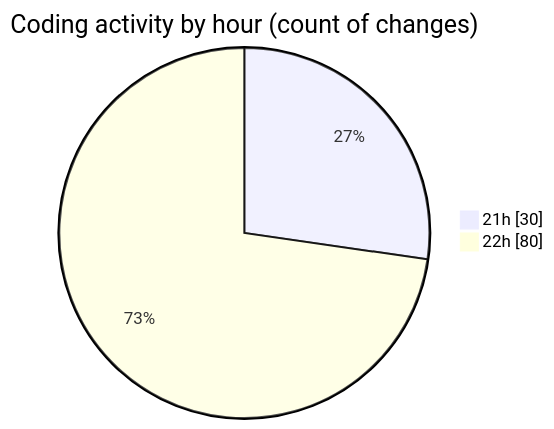
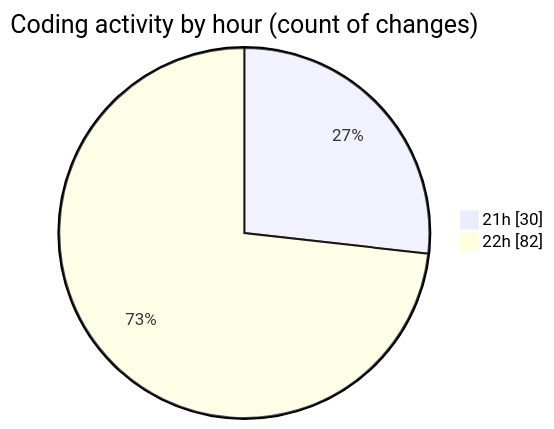
One commit to Ritupan-Deka/code-tracking changed the second of 2 diagrams in 2026-01-02/dsa/README.md. Above: the diagram before and after it, drawn with Mermaid. The commit also changed other lines of this file and 1 other file, not shown here.

````diff
--- a/2026-01-02/dsa/README.md
+++ b/2026-01-02/dsa/README.md
@@ -31,6 +31,6 @@
 ```mermaid
 pie showData
 title Coding activity by hour (count of changes)
 "21h" : 30
-"22h" : 80
+"22h" : 82
 ```
````
